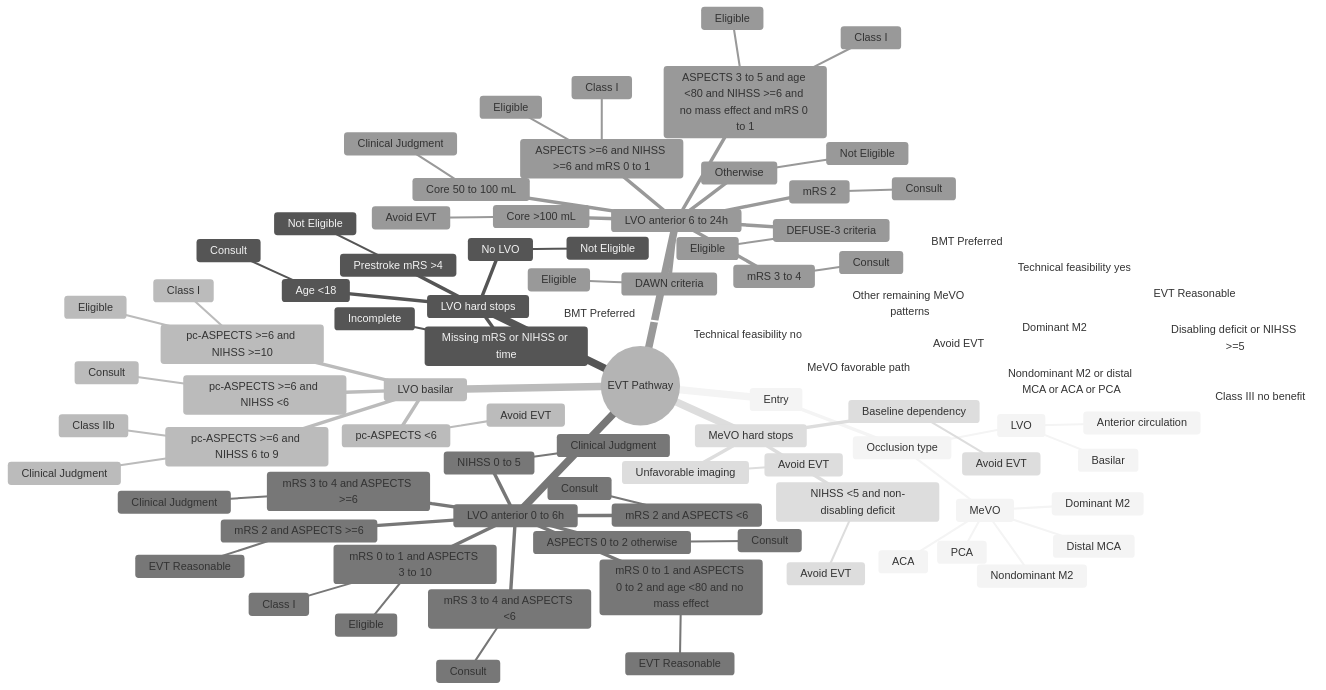
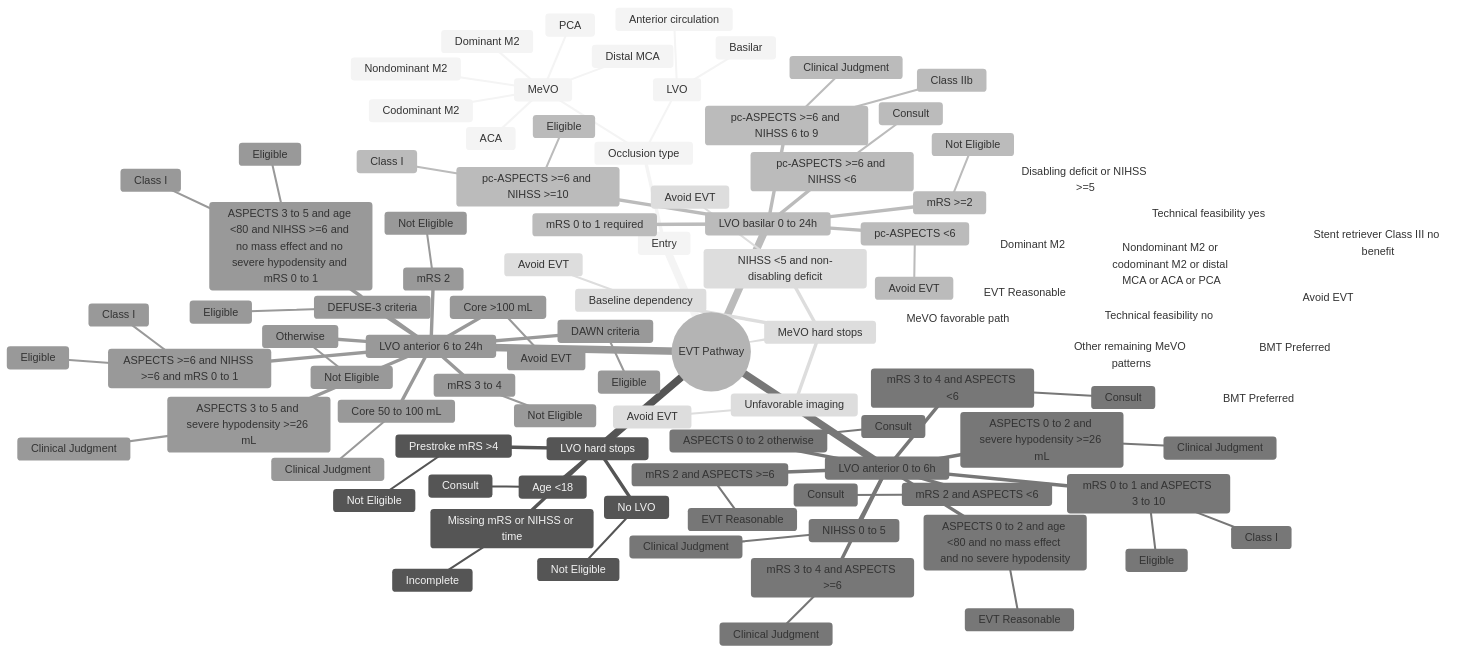
One commit to vgos89/neurowiki changed the first of 2 diagrams in docs/EVT-PATHWAY-MINDMAP.md. Above: the diagram before and after it, drawn with Mermaid (neutral theme). The commit also changed other lines of this file and 3 other files, not shown here.

```diff
--- a/docs/EVT-PATHWAY-MINDMAP.md
+++ b/docs/EVT-PATHWAY-MINDMAP.md
@@ -17,6 +17,7 @@
         MeVO
           Dominant M2
           Nondominant M2
+          Codominant M2
           Distal MCA
           ACA
           PCA
@@ -29,7 +30,8 @@
         Consult
       Missing mRS or NIHSS or time
         Incomplete
-    LVO basilar
+    LVO basilar 0 to 24h
+      mRS 0 to 1 required
       pc-ASPECTS >=6 and NIHSS >=10
         Eligible
         Class I
@@ -38,6 +40,8 @@
         Class IIb
       pc-ASPECTS >=6 and NIHSS <6
         Consult
+      mRS >=2
+        Not Eligible
       pc-ASPECTS <6
         Avoid EVT
     LVO anterior 0 to 6h
@@ -54,19 +58,23 @@
       mRS 0 to 1 and ASPECTS 3 to 10
         Eligible
         Class I
-      mRS 0 to 1 and ASPECTS 0 to 2 and age <80 and no mass effect
+      ASPECTS 0 to 2 and severe hypodensity >=26 mL
+        Clinical Judgment
+      ASPECTS 0 to 2 and age <80 and no mass effect and no severe hypodensity
         EVT Reasonable
       ASPECTS 0 to 2 otherwise
         Consult
     LVO anterior 6 to 24h
       mRS 2
-        Consult
+        Not Eligible
       mRS 3 to 4
-        Consult
+        Not Eligible
       ASPECTS >=6 and NIHSS >=6 and mRS 0 to 1
         Eligible
         Class I
-      ASPECTS 3 to 5 and age <80 and NIHSS >=6 and no mass effect and mRS 0 to 1
+      ASPECTS 3 to 5 and severe hypodensity >=26 mL
+        Clinical Judgment
+      ASPECTS 3 to 5 and age <80 and NIHSS >=6 and no mass effect and no severe hypodensity and mRS 0 to 1
         Eligible
         Class I
       DAWN criteria
@@ -91,9 +99,9 @@
         Disabling deficit or NIHSS >=5
         Technical feasibility yes
         EVT Reasonable
-      Nondominant M2 or distal MCA or ACA or PCA
+      Nondominant M2 or codominant M2 or distal MCA or ACA or PCA
         Avoid EVT
-        Class III no benefit
+        Stent retriever Class III no benefit
       Technical feasibility no
         BMT Preferred
       Other remaining MeVO patterns
```
